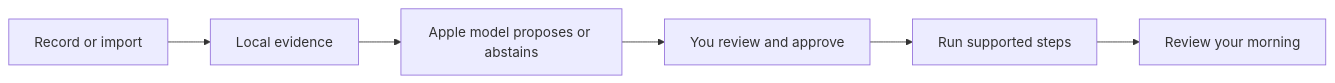
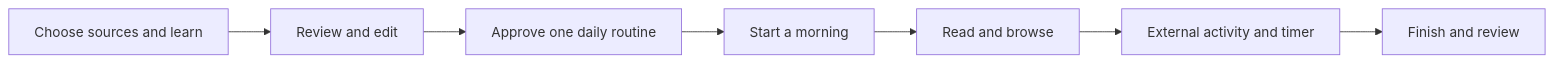
The diagram in README.md (gderamchi/morning-operator), drawn with Mermaid before and after one commit. The commit also changed other lines of this file and 7 other files, not shown here.

````diff
--- a/README.md
+++ b/README.md
@@ -11,8 +7,9 @@
 ```mermaid
 flowchart LR
-    A["Record or import"] --> B["Local evidence"]
-    B --> C["Apple model proposes or abstains"]
-    C --> D["You review and approve"]
-    D --> E["Run supported steps"]
-    E --> F["Review your morning"]
+    A[Choose sources and learn] --> B[Review and edit]
+    B --> C[Approve one daily routine]
+    C --> D[Start a morning]
+    D --> E[Read and browse]
+    E --> F[External activity and timer]
+    F --> G[Finish and review]
 ```
````
